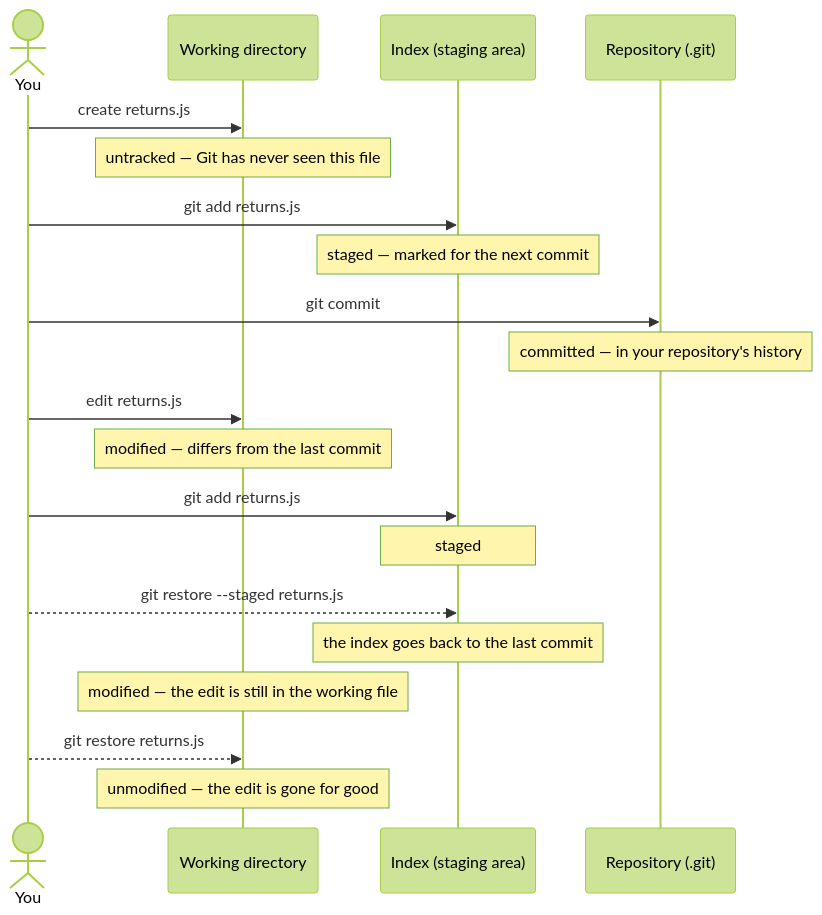
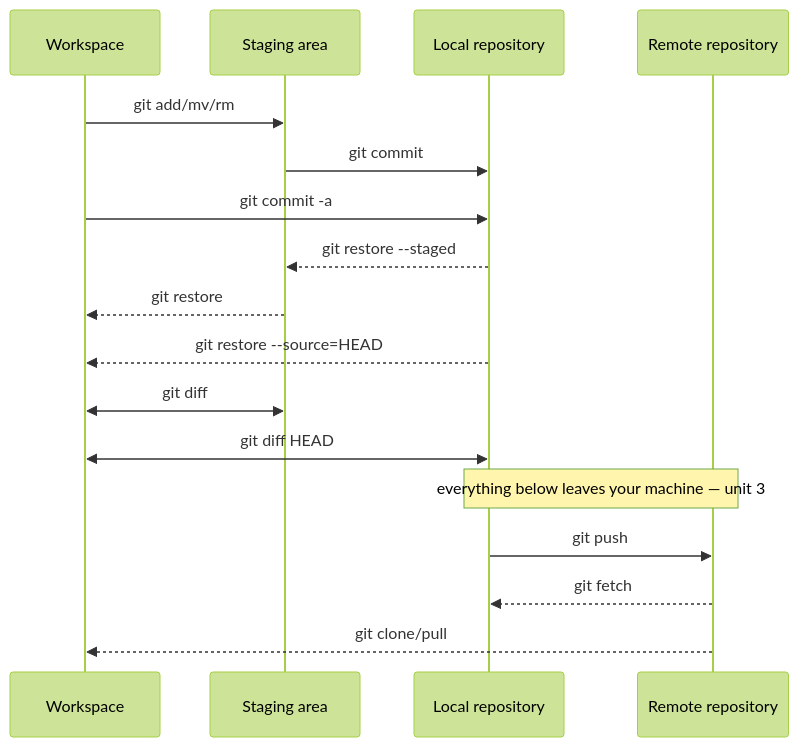
One commit to phuongbv00/fsa-fr-java-jsks changed the first of 4 diagrams in docs/fnd/git-fundamentals.md. Above: the diagram before and after it, drawn with Mermaid (forest theme). The commit also changed other lines of this file, not shown here.

Commit message:
Draw section 2 as a map of areas and the commands between them
The sequence walked one file through the four states in order, which told
the story but answered none of the questions a trainee actually arrives
with: which command puts a file where, and which of them reach the server.

Redraw it as the four areas with every command as an arrow between them --
add, commit, commit -a, the three restores, both diffs, then push, fetch
and clone/pull under a note marking where the machine stops. Arrows read as
where the content comes from, which is stated outright so `git restore
--staged` starting at the repository is not misread as a state change.

The remote column is deliberate. It is not a fifth state, and the states
table stays local; it is there so "committed" is visibly not the end of the
line, which is the misconception the note under the table exists to close.

````diff
--- a/docs/fnd/git-fundamentals.md
+++ b/docs/fnd/git-fundamentals.md
@@ -25,23 +22,20 @@
 ```mermaid
 sequenceDiagram
-    actor You
-    participant WD as Working directory
-    participant IDX as Index (staging area)
-    participant REPO as Repository (.git)
+    participant WS as Workspace
+    participant ST as Staging area
+    participant LR as Local repository
+    participant RR as Remote repository
 
-    You->>WD: create returns.js
-    Note over WD: untracked — Git has never seen this file
-    You->>IDX: git add returns.js
-    Note over IDX: staged — marked for the next commit
-    You->>REPO: git commit
-    Note over REPO: committed — in your repository's history
-    You->>WD: edit returns.js
-    Note over WD: modified — differs from the last commit
-    You->>IDX: git add returns.js
-    Note over IDX: staged
-    You-->>IDX: git restore --staged returns.js
-    Note over IDX: the index goes back to the last commit
-    Note over WD: modified — the edit is still in the working file
-    You-->>WD: git restore returns.js
-    Note over WD: unmodified — the edit is gone for good
+    WS->>ST: git add/mv/rm
+    ST->>LR: git commit
+    WS->>LR: git commit -a
+    LR-->>ST: git restore --staged
+    ST-->>WS: git restore
+    LR-->>WS: git restore --source=HEAD
+    WS<<->>ST: git diff
+    WS<<->>LR: git diff HEAD
+    Note over LR,RR: everything below leaves your machine — unit 3
+    LR->>RR: git push
+    RR-->>LR: git fetch
+    RR-->>WS: git clone/pull
 ```
````
